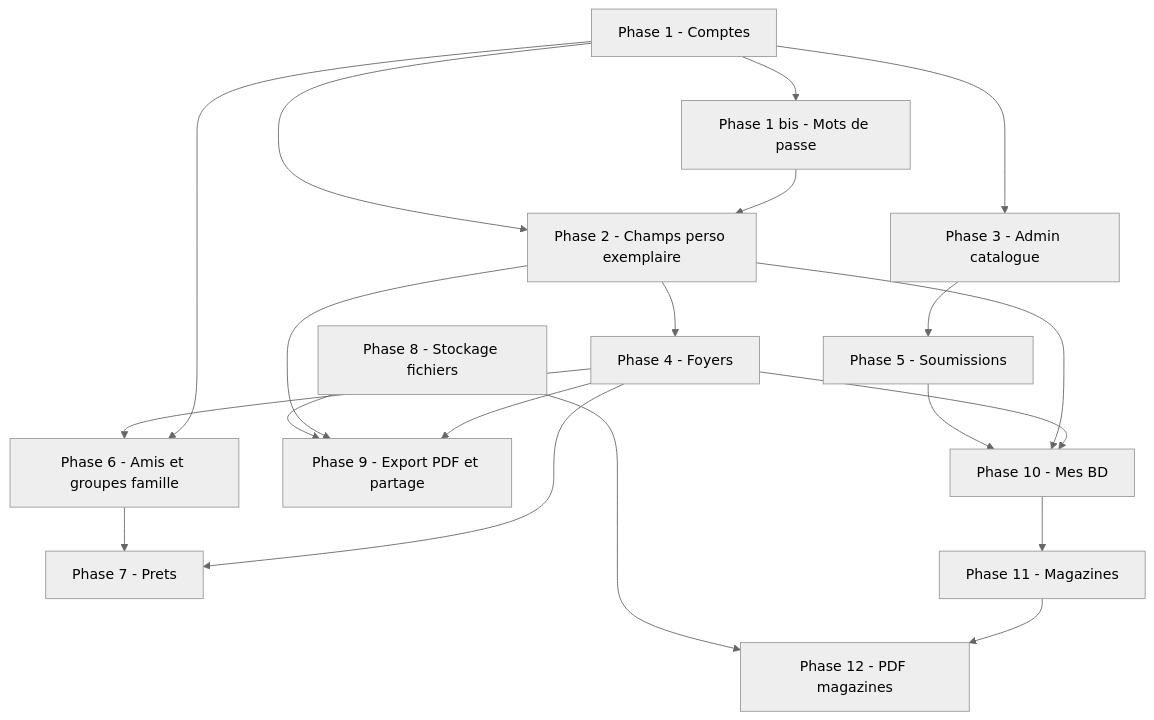
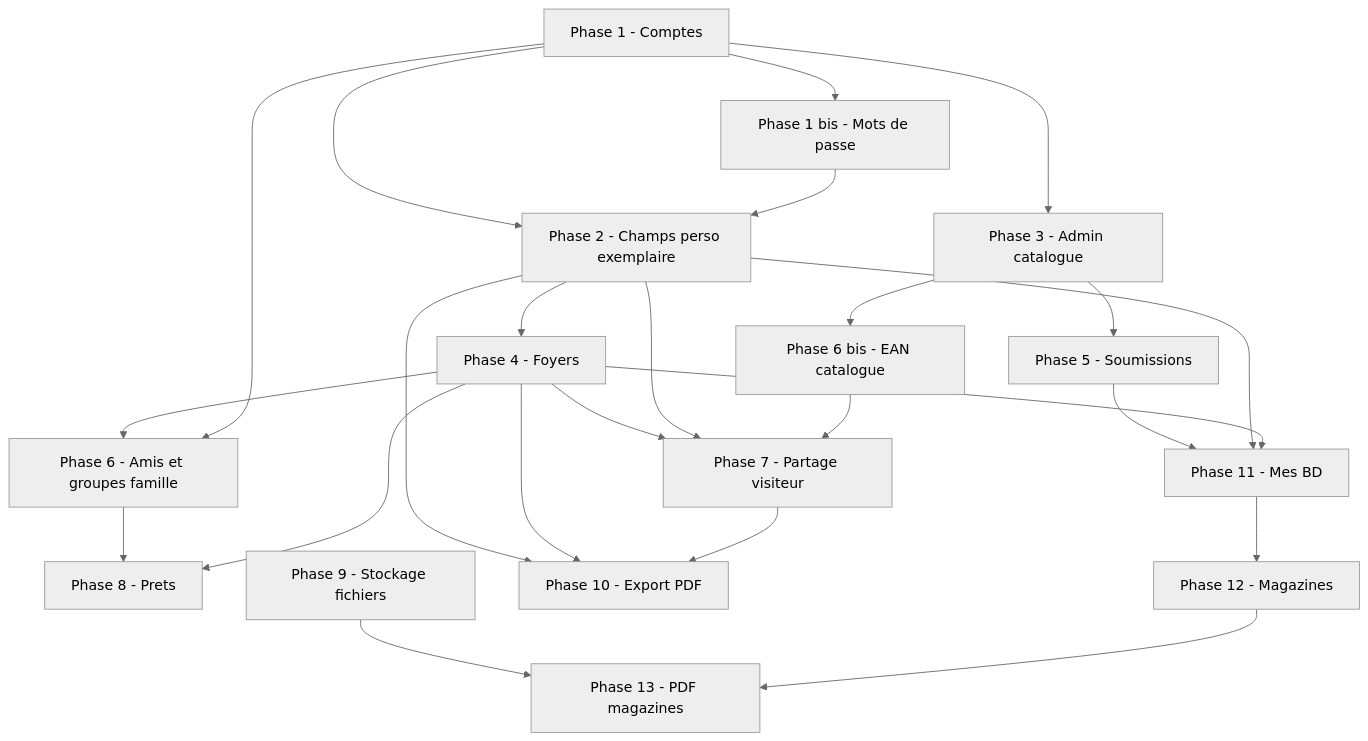
Before and after one commit to daryl40000/Moncine: the first of 3 diagrams in ROADMAP.md, drawn with Mermaid (neutral theme). The commit also changed other lines of this file and 1 other file, not shown here.

Commit message:
Mise à jour de la roadmap

````diff
--- a/ROADMAP.md
+++ b/ROADMAP.md
@@ -94,36 +100,42 @@
 ```mermaid
 flowchart TD
     P1[Phase 1 - Comptes]
     P1b[Phase 1 bis - Mots de passe]
     P2[Phase 2 - Champs perso exemplaire]
     P3[Phase 3 - Admin catalogue]
     P4[Phase 4 - Foyers]
     P5[Phase 5 - Soumissions]
     P6[Phase 6 - Amis et groupes famille]
-    P7[Phase 7 - Prets]
-    P8[Phase 8 - Stockage fichiers]
-    P9[Phase 9 - Export PDF et partage]
-    P10[Phase 10 - Mes BD]
-    P11[Phase 11 - Magazines]
-    P12[Phase 12 - PDF magazines]
+    P6b[Phase 6 bis - EAN catalogue]
+    P7[Phase 7 - Partage visiteur]
+    P8[Phase 8 - Prets]
+    P9[Phase 9 - Stockage fichiers]
+    P10[Phase 10 - Export PDF]
+    P11[Phase 11 - Mes BD]
+    P12[Phase 12 - Magazines]
+    P13[Phase 13 - PDF magazines]
 
     P1 --> P1b
     P1 --> P2
     P1 --> P3
     P1b --> P2
     P2 --> P4
     P3 --> P5
     P4 --> P6
     P1 --> P6
-    P6 --> P7
     P4 --> P7
-    P8 --> P9
-    P2 --> P9
-    P4 --> P9
-    P5 --> P10
+    P2 --> P7
+    P3 --> P6b
+    P6b --> P7
+    P6 --> P8
+    P4 --> P8
+    P9 --> P13
     P2 --> P10
     P4 --> P10
-    P8 --> P12
-    P10 --> P11
+    P7 --> P10
+    P5 --> P11
+    P2 --> P11
+    P4 --> P11
     P11 --> P12
+    P12 --> P13
 ```
````
